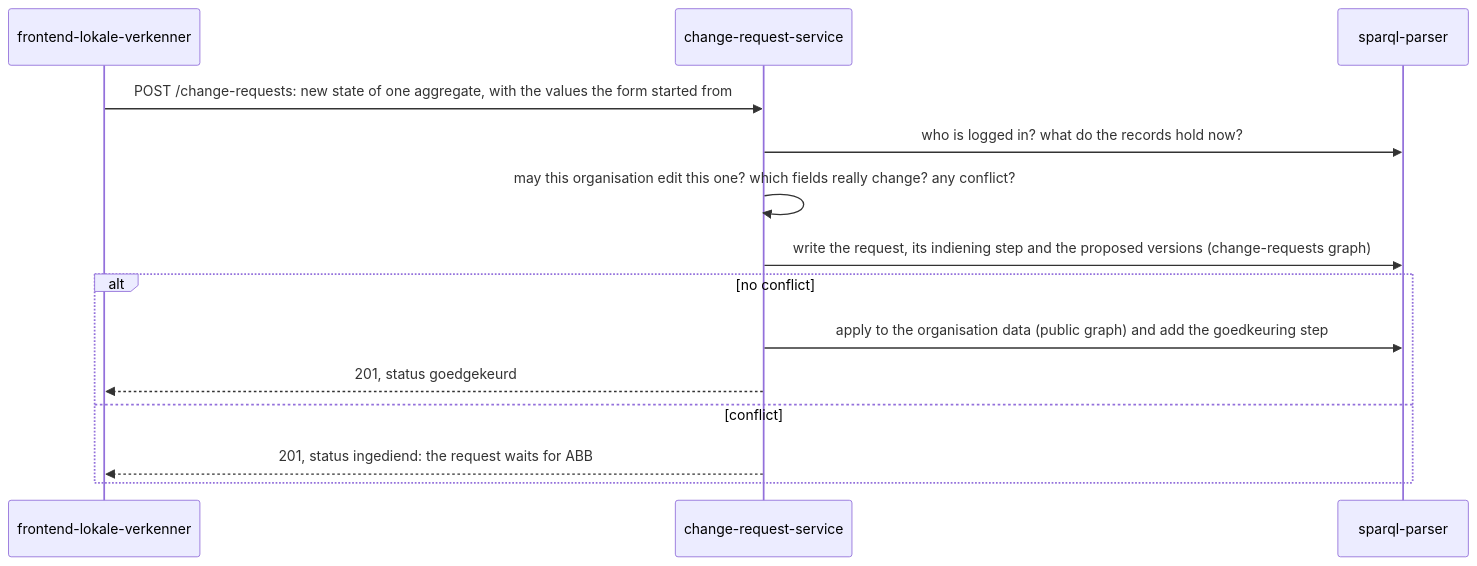
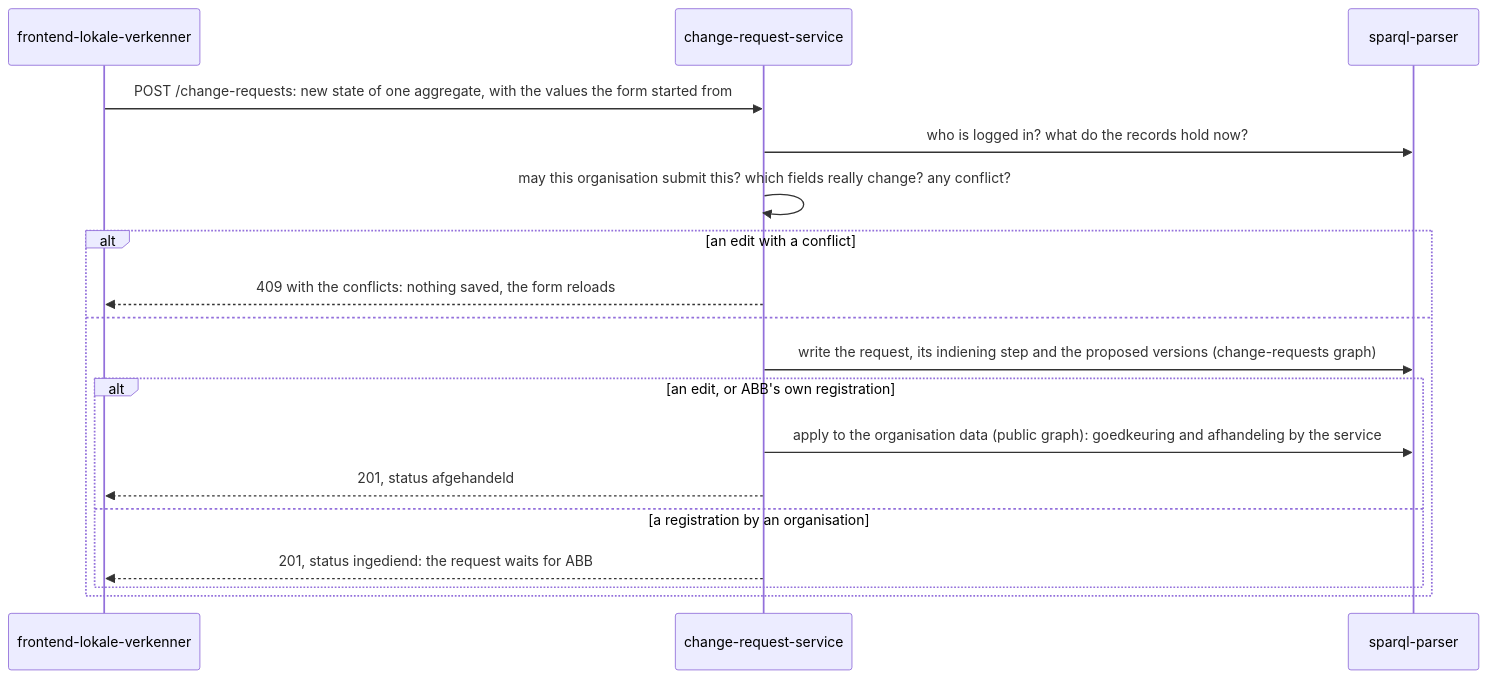
One commit to lblod/change-request-service changed the first of 5 diagrams in README.md. Above: the diagram before and after it, drawn with Mermaid. The commit also changed other lines of this file and 25 other files, not shown here.

Commit message:
RVS-37: validation flow for new organisations and change events

````diff
--- a/README.md
+++ b/README.md
@@ -25,16 +30,20 @@
 ```mermaid
 sequenceDiagram
   participant F as frontend-lokale-verkenner
   participant S as change-request-service
   participant P as sparql-parser
   F->>S: POST /change-requests: new state of one aggregate, with the values the form started from
   S->>P: who is logged in? what do the records hold now?
-  S->>S: may this organisation edit this one? which fields really change? any conflict?
-  S->>P: write the request, its indiening step and the proposed versions (change-requests graph)
-  alt no conflict
-    S->>P: apply to the organisation data (public graph) and add the goedkeuring step
-    S-->>F: 201, status goedgekeurd
-  else conflict
-    S-->>F: 201, status ingediend: the request waits for ABB
+  S->>S: may this organisation submit this? which fields really change? any conflict?
+  alt an edit with a conflict
+    S-->>F: 409 with the conflicts: nothing saved, the form reloads
+  else
+    S->>P: write the request, its indiening step and the proposed versions (change-requests graph)
+    alt an edit, or ABB's own registration
+      S->>P: apply to the organisation data (public graph): goedkeuring and afhandeling by the service
+      S-->>F: 201, status afgehandeld
+    else a registration by an organisation
+      S-->>F: 201, status ingediend: the request waits for ABB
+    end
   end
 ```
````
